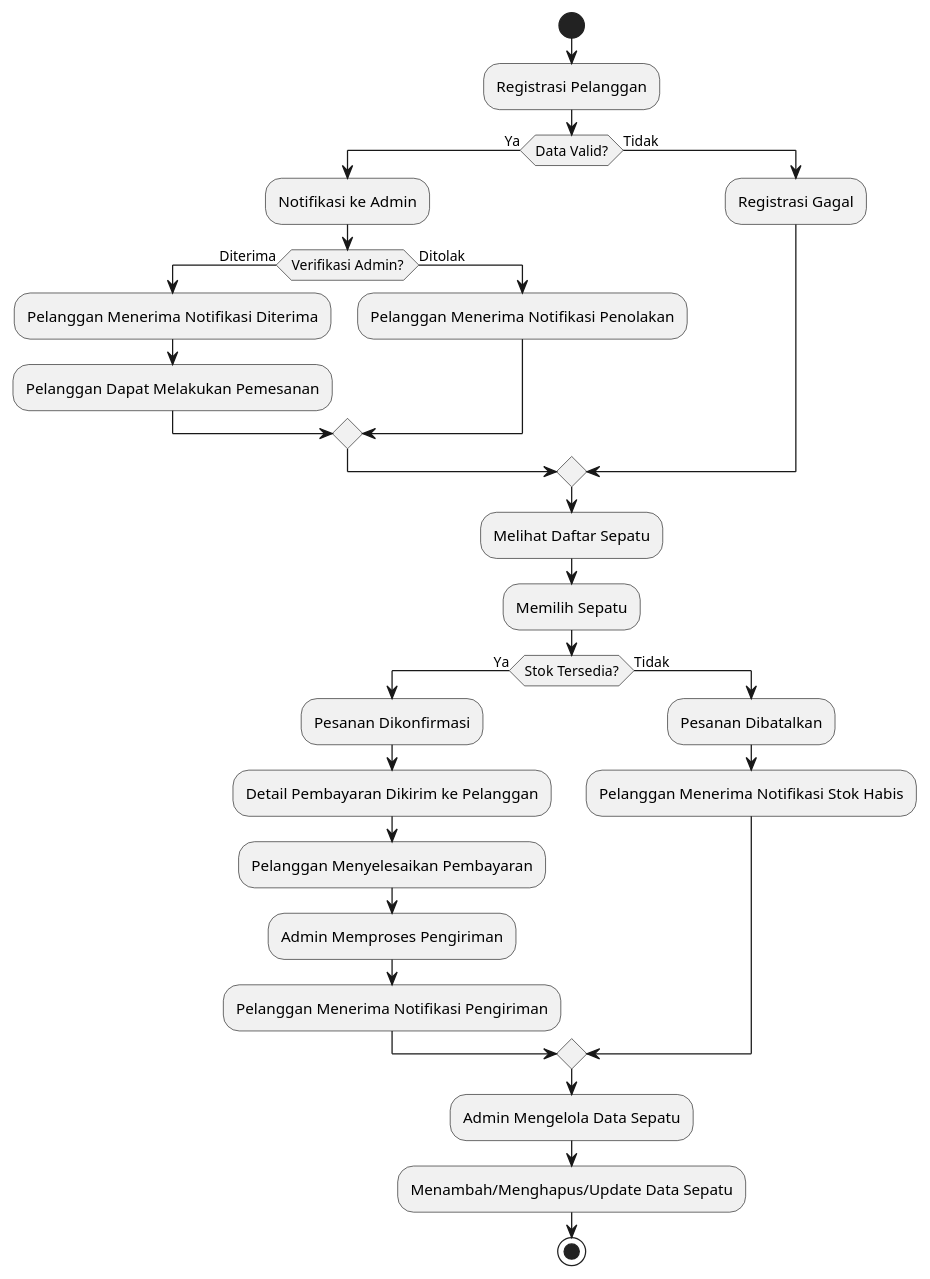
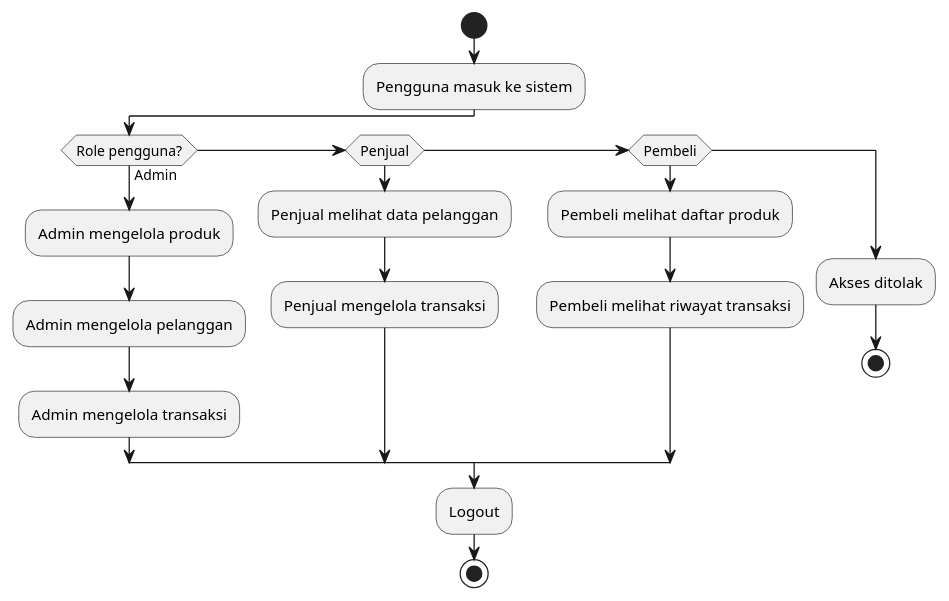
Before and after one commit to Adamputra77/DAA: the diagram in uts/dokumen/flowchart.puml, drawn with PlantUML. The commit also changed 2 other files, not shown here.

```diff
--- a/uts/dokumen/flowchart.puml
+++ b/uts/dokumen/flowchart.puml
@@ -1,35 +1,20 @@
 @startuml
 start
-
-:Registrasi Pelanggan;
-if (Data Valid?) then (Ya)
-  :Notifikasi ke Admin;
-  if (Verifikasi Admin?) then (Diterima)
-    :Pelanggan Menerima Notifikasi Diterima;
-    :Pelanggan Dapat Melakukan Pemesanan;
-  else (Ditolak)
-    :Pelanggan Menerima Notifikasi Penolakan;
-  endif
-else (Tidak)
-  :Registrasi Gagal;
+:Pengguna masuk ke sistem;
+if (Role pengguna?) then (Admin)
+    :Admin mengelola produk;
+    :Admin mengelola pelanggan;
+    :Admin mengelola transaksi;
+elseif (Penjual)
+    :Penjual melihat data pelanggan;
+    :Penjual mengelola transaksi;
+elseif (Pembeli)
+    :Pembeli melihat daftar produk;
+    :Pembeli melihat riwayat transaksi;
+else
+    :Akses ditolak;
+    stop
 endif
-
-:Melihat Daftar Sepatu;
-:Memilih Sepatu;
-
-if (Stok Tersedia?) then (Ya)
-  :Pesanan Dikonfirmasi;
-  :Detail Pembayaran Dikirim ke Pelanggan;
-  :Pelanggan Menyelesaikan Pembayaran;
-  :Admin Memproses Pengiriman;
-  :Pelanggan Menerima Notifikasi Pengiriman;
-else (Tidak)
-  :Pesanan Dibatalkan;
-  :Pelanggan Menerima Notifikasi Stok Habis;
-endif
-
-:Admin Mengelola Data Sepatu;
-:Menambah/Menghapus/Update Data Sepatu;
-
+:Logout;
 stop
 @enduml
```
